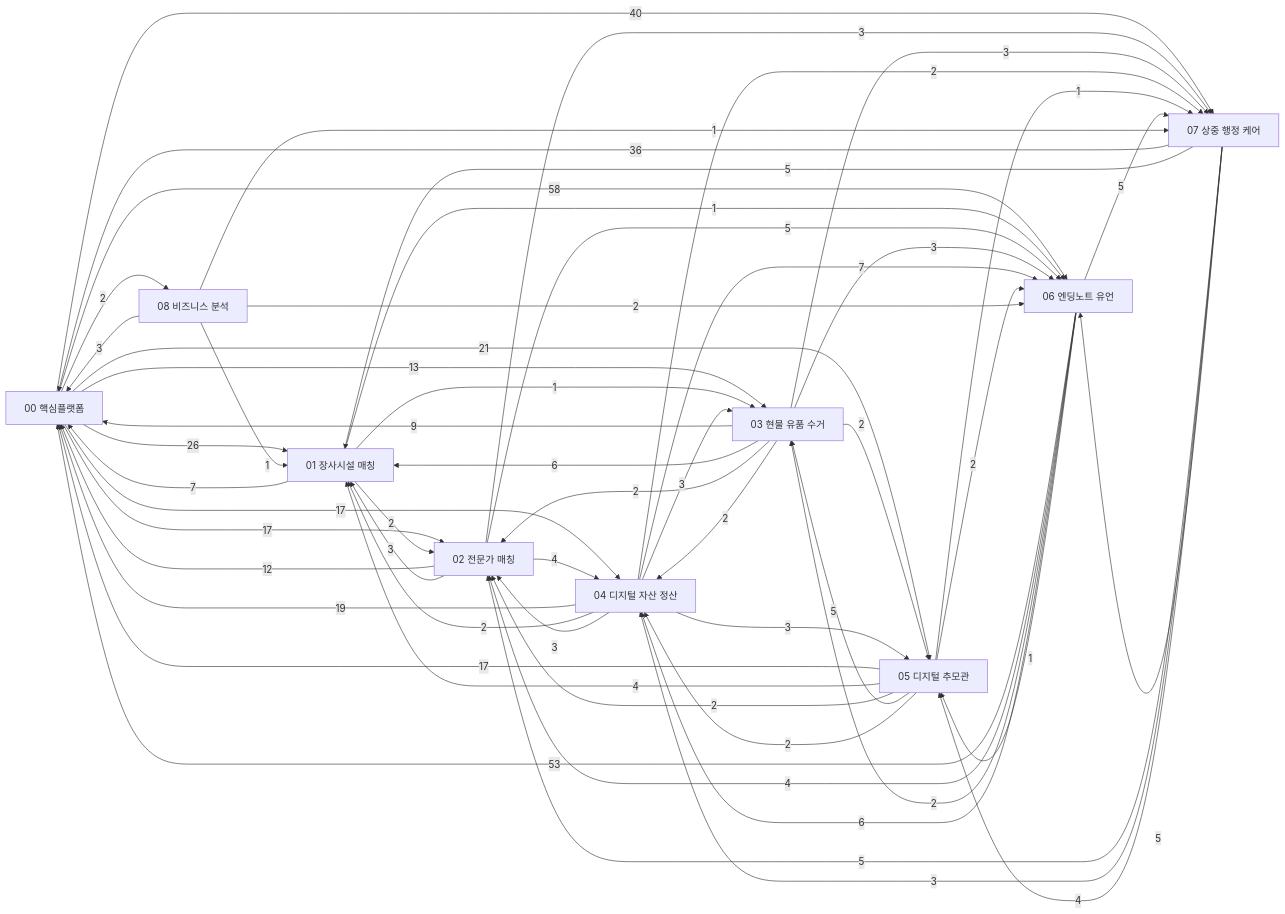
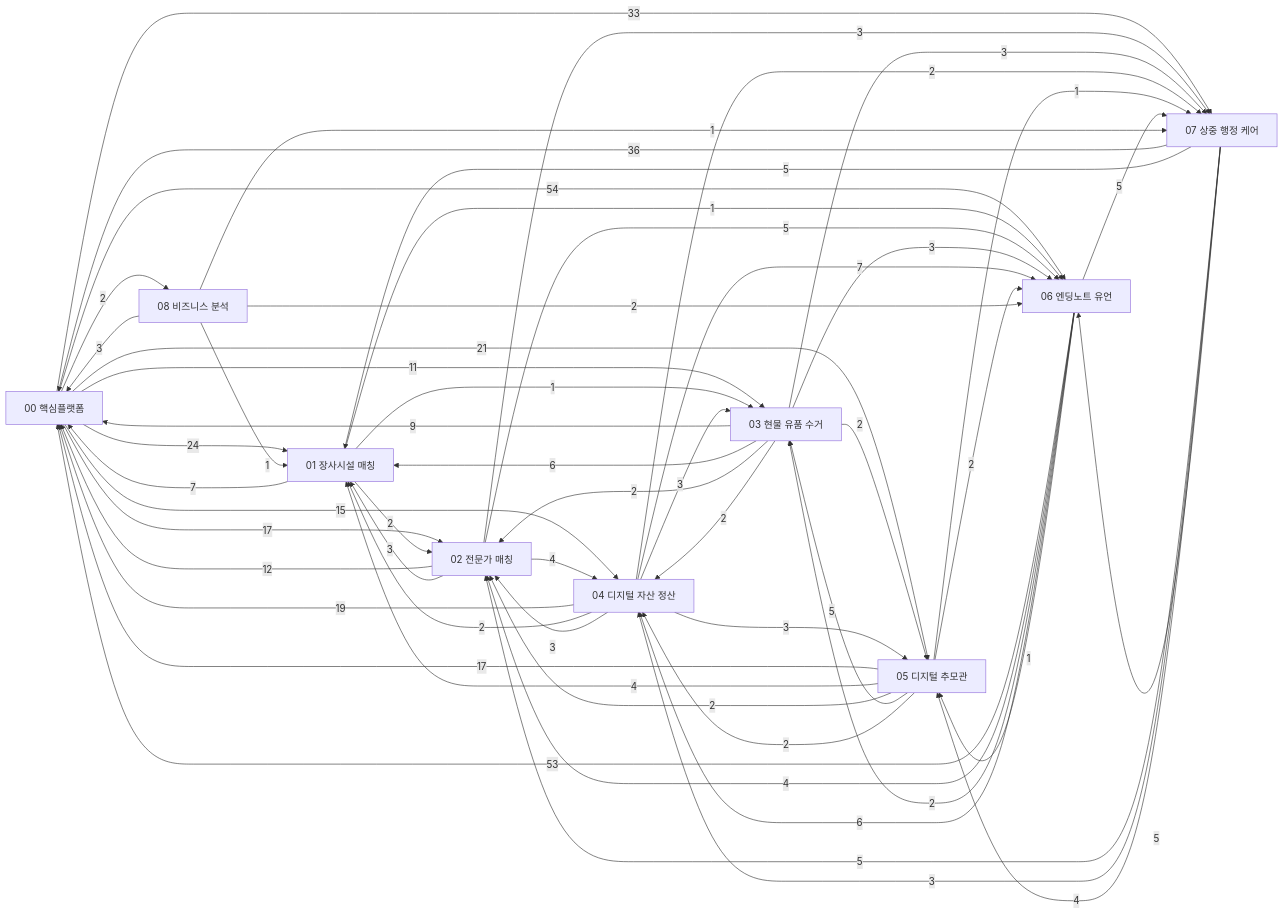
One commit to Hyunews/Eobom changed the diagram in docs/00_DOCS_INDEX.md. Above: the diagram before and after it, drawn with Mermaid. The commit also changed other lines of this file and 90 other files, not shown here.

````diff
--- a/docs/00_DOCS_INDEX.md
+++ b/docs/00_DOCS_INDEX.md
@@ -67,66 +67,66 @@
 ```mermaid
 flowchart LR
   D00["00 핵심플랫폼"]
   D01["01 장사시설 매칭"]
   D02["02 전문가 매칭"]
   D03["03 현물 유품 수거"]
   D04["04 디지털 자산 정산"]
   D05["05 디지털 추모관"]
   D06["06 엔딩노트 유언"]
   D07["07 상중 행정 케어"]
   D08["08 비즈니스 분석"]
-  D00 -->|26| D01
+  D00 -->|24| D01
   D00 -->|17| D02
-  D00 -->|13| D03
-  D00 -->|17| D04
+  D00 -->|11| D03
+  D00 -->|15| D04
   D00 -->|21| D05
-  D00 -->|58| D06
-  D00 -->|40| D07
+  D00 -->|54| D06
+  D00 -->|33| D07
   D00 -->|2| D08
   D01 -->|7| D00
   D01 -->|2| D02
   D01 -->|1| D03
   D01 -->|1| D06
   D02 -->|12| D00
   D02 -->|3| D01
   D02 -->|4| D04
   D02 -->|5| D06
   D02 -->|3| D07
   D03 -->|9| D00
   D03 -->|6| D01
   D03 -->|2| D02
   D03 -->|2| D04
   D03 -->|2| D05
   D03 -->|3| D06
   D03 -->|3| D07
   D04 -->|19| D00
   D04 -->|2| D01
   D04 -->|3| D02
   D04 -->|3| D03
   D04 -->|3| D05
   D04 -->|7| D06
   D04 -->|2| D07
   D05 -->|17| D00
   D05 -->|4| D01
   D05 -->|2| D02
   D05 -->|5| D03
   D05 -->|2| D04
   D05 -->|2| D06
   D05 -->|1| D07
   D06 -->|53| D00
   D06 -->|4| D02
   D06 -->|2| D03
   D06 -->|6| D04
   D06 -->|1| D05
   D06 -->|5| D07
   D07 -->|36| D00
   D07 -->|5| D01
   D07 -->|5| D02
   D07 -->|3| D04
   D07 -->|4| D05
   D07 -->|5| D06
   D08 -->|3| D00
   D08 -->|1| D01
   D08 -->|2| D06
   D08 -->|1| D07
 ```
````
